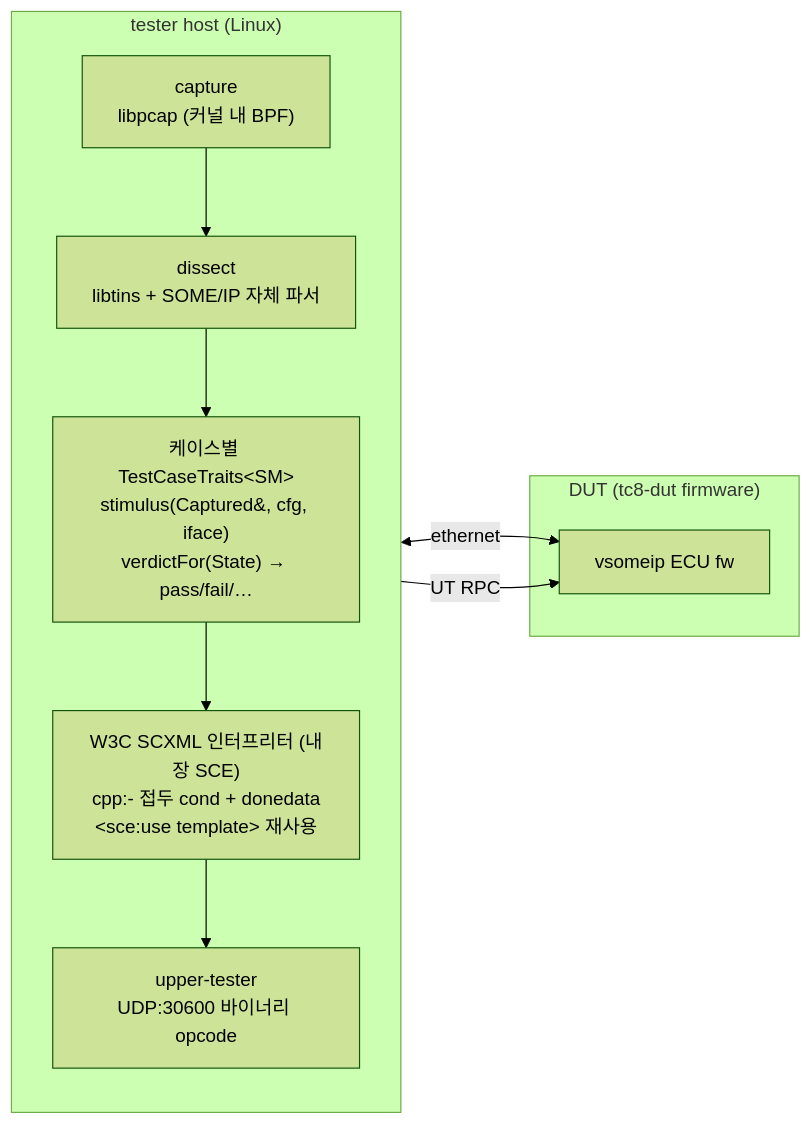
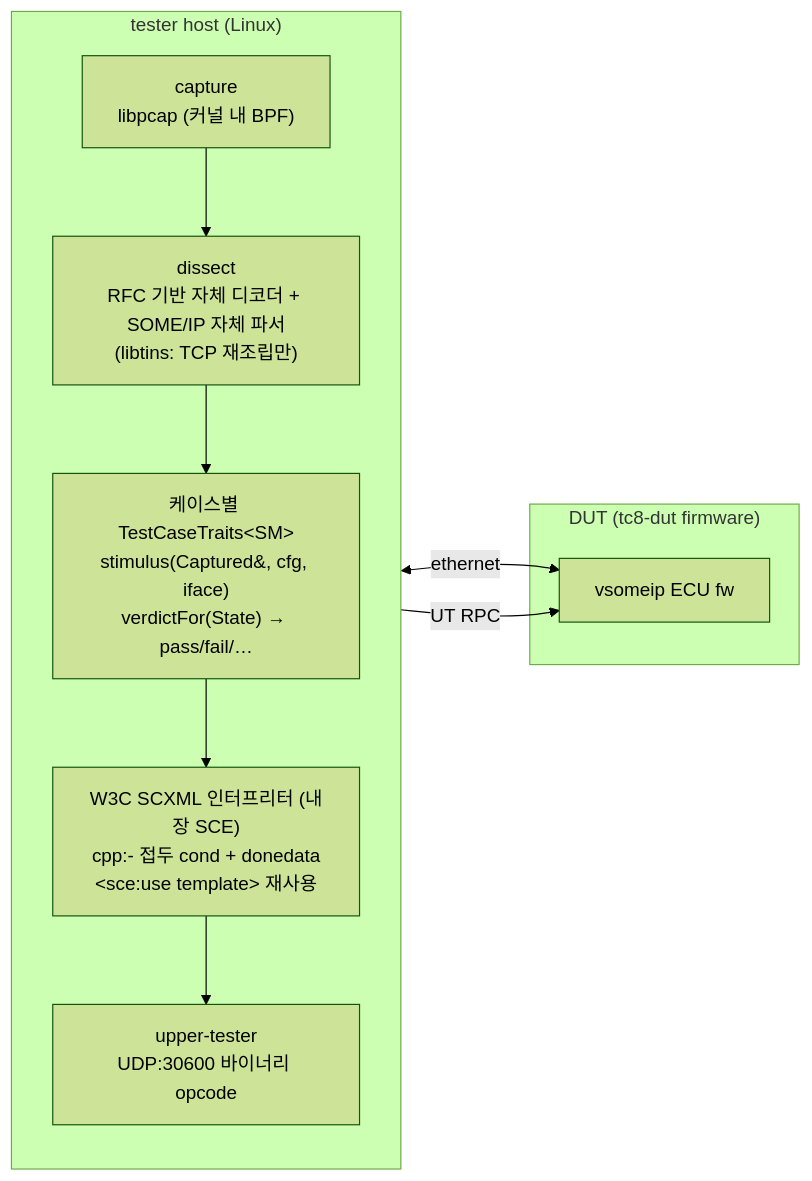
One commit to newmassrael/tc8-harness changed the first of 3 diagrams in README.ko.md. Above: the diagram before and after it, drawn with Mermaid (forest theme). The commit also changed other lines of this file and 29 other files, not shown here.

First line of the commit message:
fix(dissect): Read every captured layer with the harness's RFC decoders

````diff
--- a/README.ko.md
+++ b/README.ko.md
@@ -27,17 +27,17 @@
 ```mermaid
 flowchart LR
   subgraph Tester["tester host (Linux)"]
     direction TB
     cap["capture<br/>libpcap (커널 내 BPF)"]
-    dis["dissect<br/>libtins + SOME/IP 자체 파서"]
+    dis["dissect<br/>RFC 기반 자체 디코더 + SOME/IP 자체 파서<br/>(libtins: TCP 재조립만)"]
     traits["케이스별 TestCaseTraits&lt;SM&gt;<br/>stimulus(Captured&, cfg, iface)<br/>verdictFor(State) → pass/fail/…"]
     sce["W3C SCXML 인터프리터 (내장 SCE)<br/>cpp:- 접두 cond + donedata<br/>&lt;sce:use template&gt; 재사용"]
     ut["upper-tester<br/>UDP:30600 바이너리 opcode"]
     cap --> dis --> traits --> sce --> ut
   end
   subgraph DUT["DUT (tc8-dut firmware)"]
     fw["vsomeip ECU fw"]
   end
   cap <-->|ethernet| fw
   ut -->|UT RPC| fw
 ```
````
